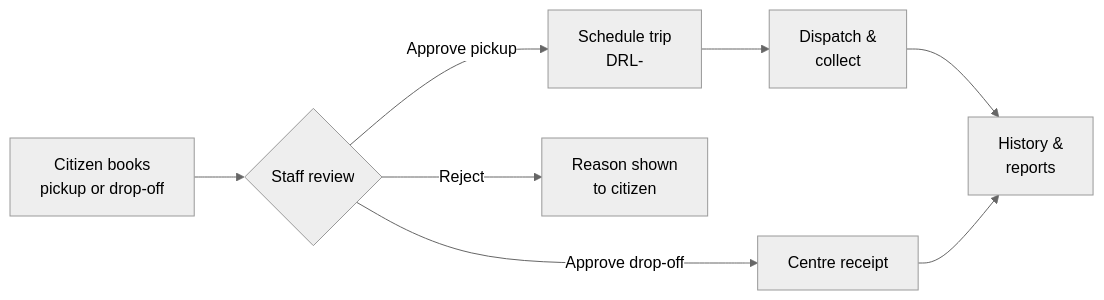
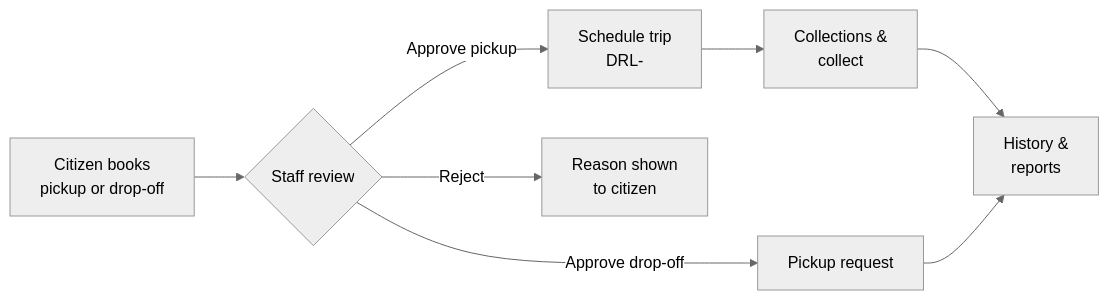
One commit to DoozieSoftware/cip changed the diagram in docs/user-guide/README.md. Above: the diagram before and after it, drawn with Mermaid (neutral theme). The commit also changed other lines of this file and 99 other files, not shown here.

````diff
--- a/docs/user-guide/README.md
+++ b/docs/user-guide/README.md
@@ -20,10 +20,10 @@
 ```mermaid
 flowchart LR
     A[Citizen books<br/>pickup or drop-off] --> B{Staff review}
     B -->|Approve pickup| C[Schedule trip<br/>DRL-]
-    B -->|Approve drop-off| D[Centre receipt]
-    C --> E[Dispatch &<br/>collect]
+    B -->|Approve drop-off| D[Pickup request]
+    C --> E[Collections &<br/>collect]
     E --> F[History &<br/>reports]
     D --> F
     B -->|Reject| G[Reason shown<br/>to citizen]
 ```
````
